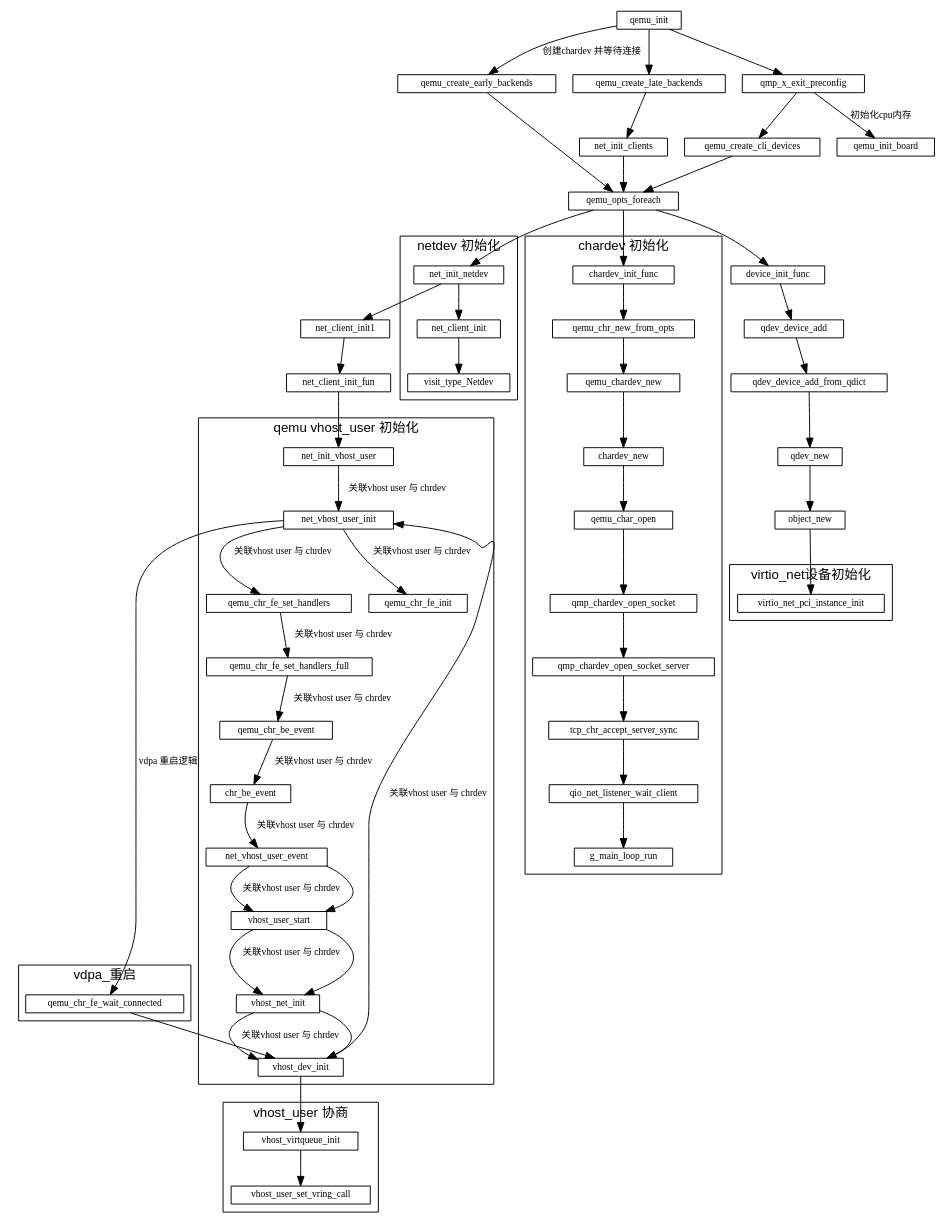
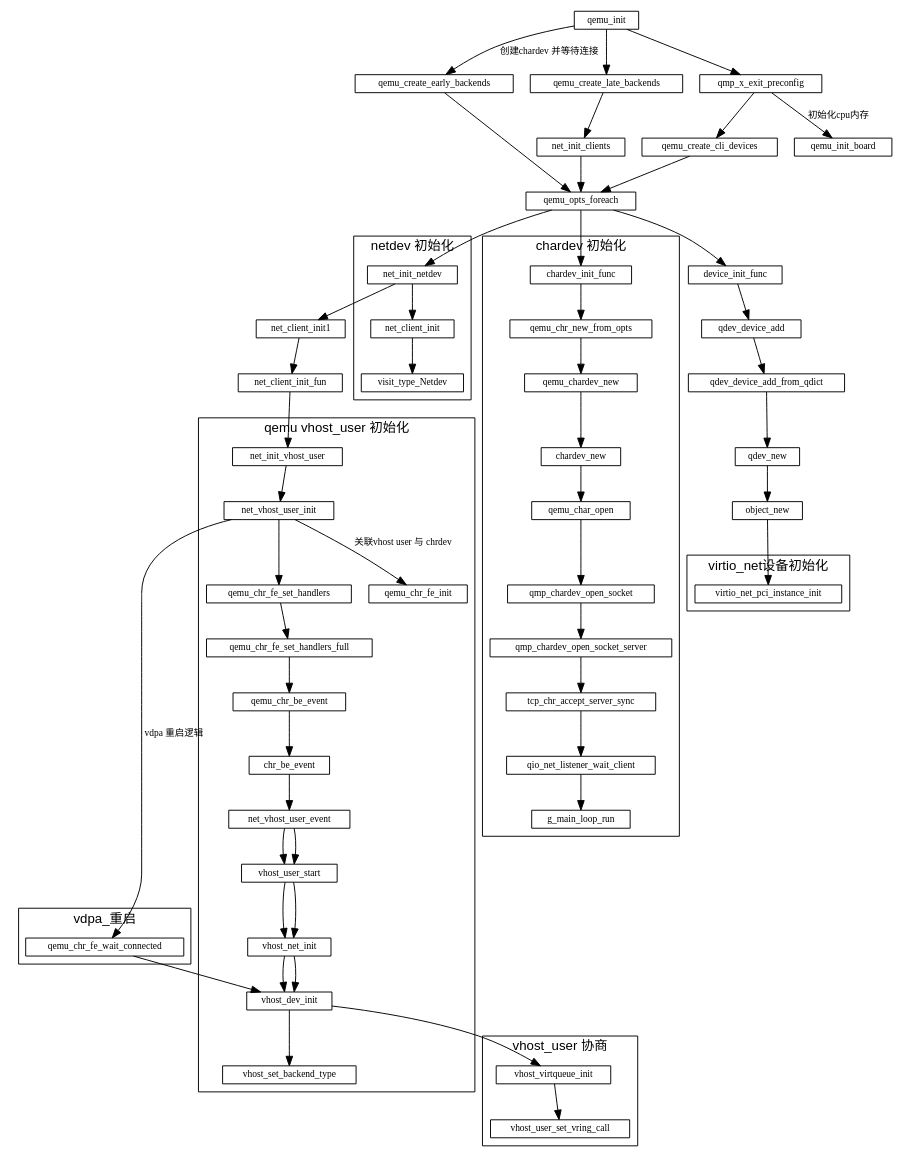
Before and after one commit to sisyphus1212/note: the diagram in qemu/qemu初始化.md, drawn with Graphviz.

Commit message:
auto_update

```diff
--- a/qemu/qemu初始化.md
+++ b/qemu/qemu初始化.md
@@ -58,7 +58,7 @@
                             -> vhost_user_start
                             -> vhost_net_init
                             -> vhost_dev_init
-                            ->
+                            -> vhost_set_backend_type
 
 
         net_vhost_user_init -> qemu_chr_fe_init[label="关联vhost user 与 chrdev"]
```
